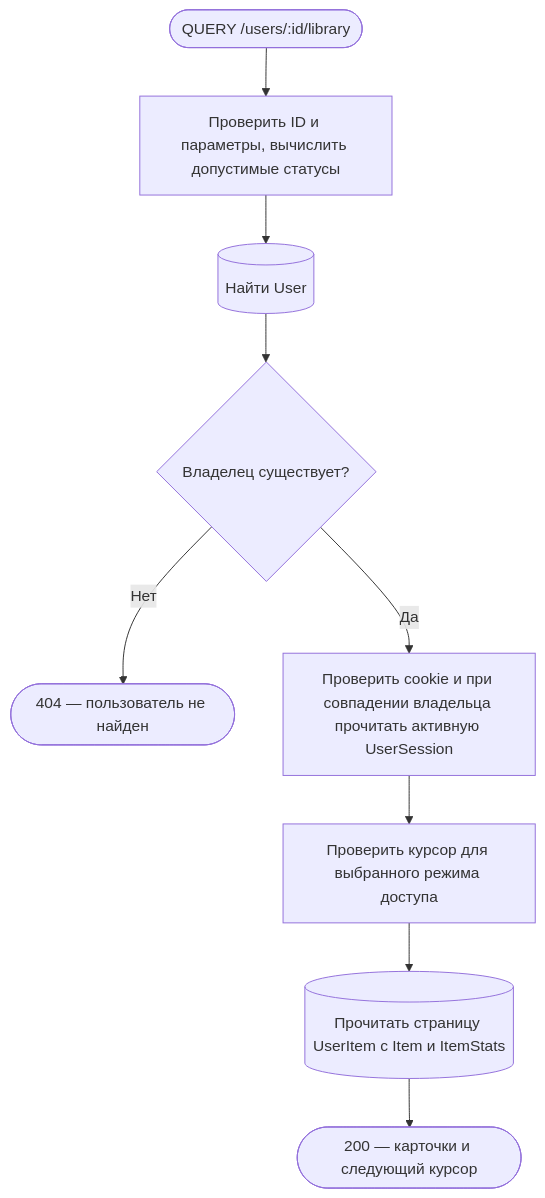
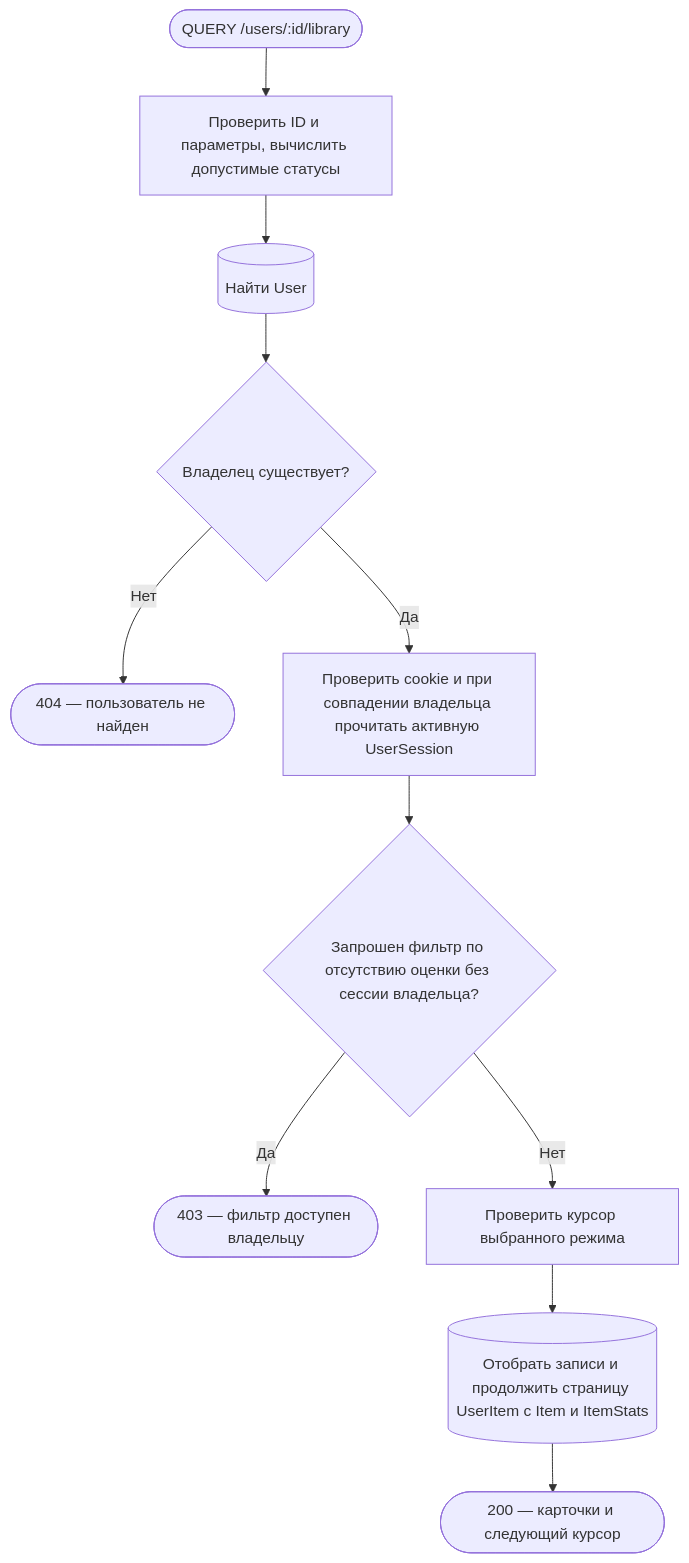
The second of 9 diagrams in apps/api/public/docs/api/requestFlows/userItems.md (AmyGrooove/f95-tinder), drawn with Mermaid before and after one commit. The commit also changed other lines of this file and 135 other files, not shown here.

````diff
--- a/apps/api/public/docs/api/requestFlows/userItems.md
+++ b/apps/api/public/docs/api/requestFlows/userItems.md
@@ -17,13 +38,15 @@
 ```mermaid
 flowchart TD
     accTitle: Страница библиотеки пользователя
     accDescr: Проверить владельца и режим доступа, прочитать подходящие карточки из MongoDB и вернуть страницу
     A(["QUERY /users/:id/library"]):::http --> B["Проверить ID и параметры, вычислить допустимые статусы"]:::action
     B --> C[("Найти User")]:::data
     C --> D{"Владелец существует?"}:::action
     D -->|Нет| E(["404 — пользователь не найден"]):::http
     D -->|Да| F["Проверить cookie и при совпадении владельца прочитать активную UserSession"]:::action
-    F --> G["Проверить курсор для выбранного режима доступа"]:::action
-    G --> H[("Прочитать страницу UserItem с Item и ItemStats")]:::data
+    F --> G{"Запрошен фильтр по отсутствию оценки без сессии владельца?"}:::action
+    G -->|Да| J(["403 — фильтр доступен владельцу"]):::http
+    G -->|Нет| K["Проверить курсор выбранного режима"]:::action
+    K --> H[("Отобрать записи и продолжить страницу UserItem с Item и ItemStats")]:::data
     H --> I(["200 — карточки и следующий курсор"]):::http
 ```
````
